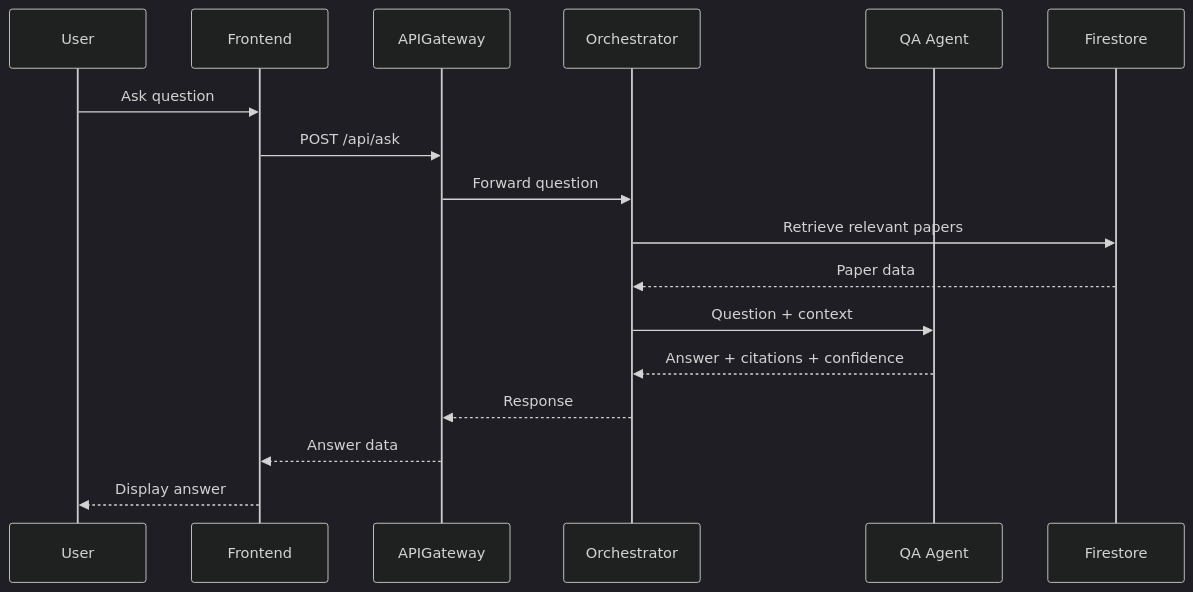
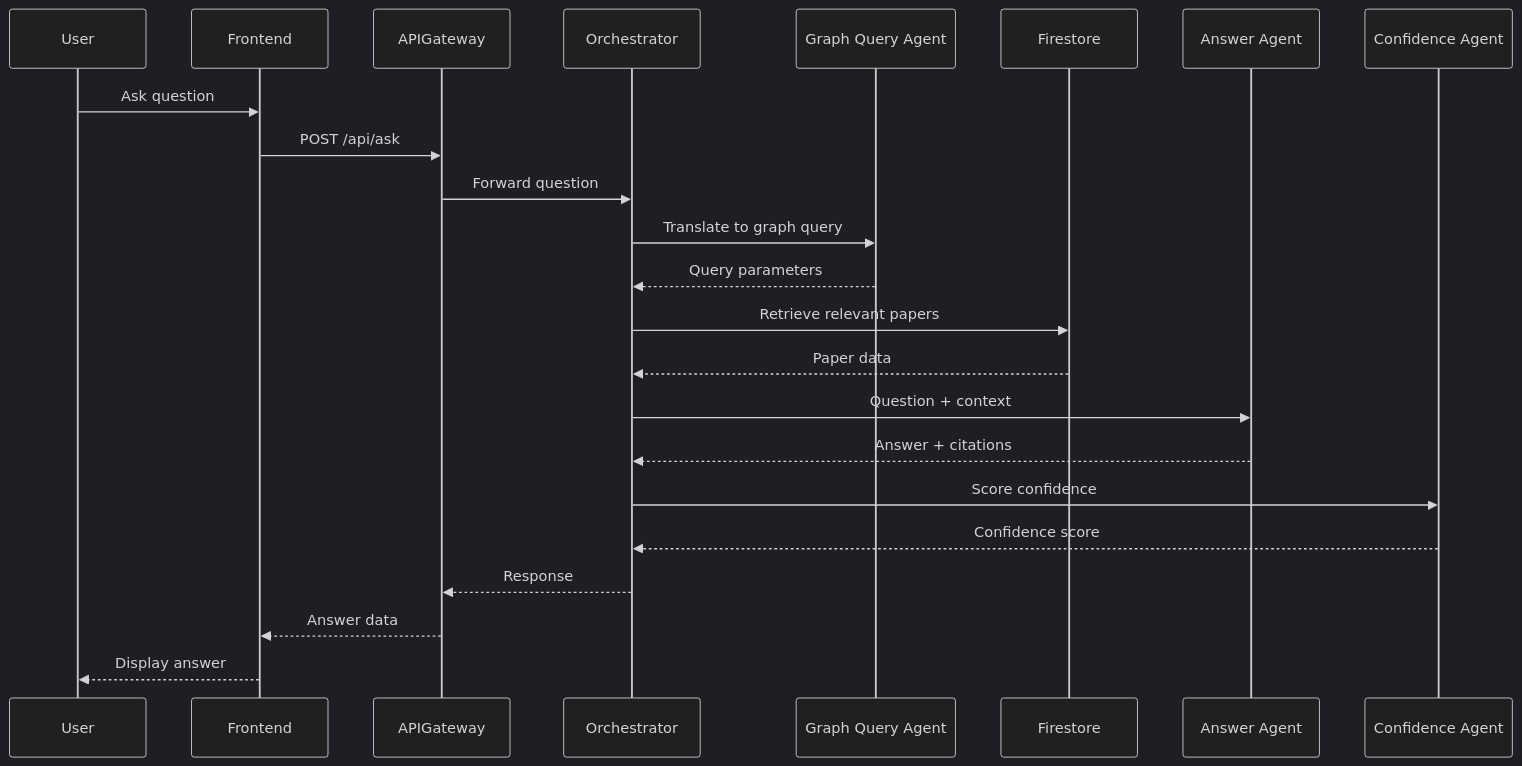
One commit to kar-ganap/research-intelligence-agents changed the third of 8 diagrams in ARCHITECTURE.md. Above: the diagram before and after it, drawn with Mermaid (dark theme). The commit also changed other lines of this file, not shown here.

First line of the commit message:
Fix critical errors in architecture diagrams

````diff
--- a/ARCHITECTURE.md
+++ b/ARCHITECTURE.md
@@ -116,20 +127,26 @@
 ```mermaid
 sequenceDiagram
     participant User
     participant Frontend
     participant APIGateway
     participant Orchestrator
-    participant QA as QA Agent
+    participant GraphQueryAgent as Graph Query Agent
     participant Firestore
+    participant AnswerAgent as Answer Agent
+    participant ConfAgent as Confidence Agent
 
     User->>Frontend: Ask question
     Frontend->>APIGateway: POST /api/ask
     APIGateway->>Orchestrator: Forward question
+    Orchestrator->>GraphQueryAgent: Translate to graph query
+    GraphQueryAgent-->>Orchestrator: Query parameters
     Orchestrator->>Firestore: Retrieve relevant papers
     Firestore-->>Orchestrator: Paper data
-    Orchestrator->>QA: Question + context
-    QA-->>Orchestrator: Answer + citations + confidence
+    Orchestrator->>AnswerAgent: Question + context
+    AnswerAgent-->>Orchestrator: Answer + citations
+    Orchestrator->>ConfAgent: Score confidence
+    ConfAgent-->>Orchestrator: Confidence score
     Orchestrator-->>APIGateway: Response
     APIGateway-->>Frontend: Answer data
     Frontend-->>User: Display answer
 ```
````
